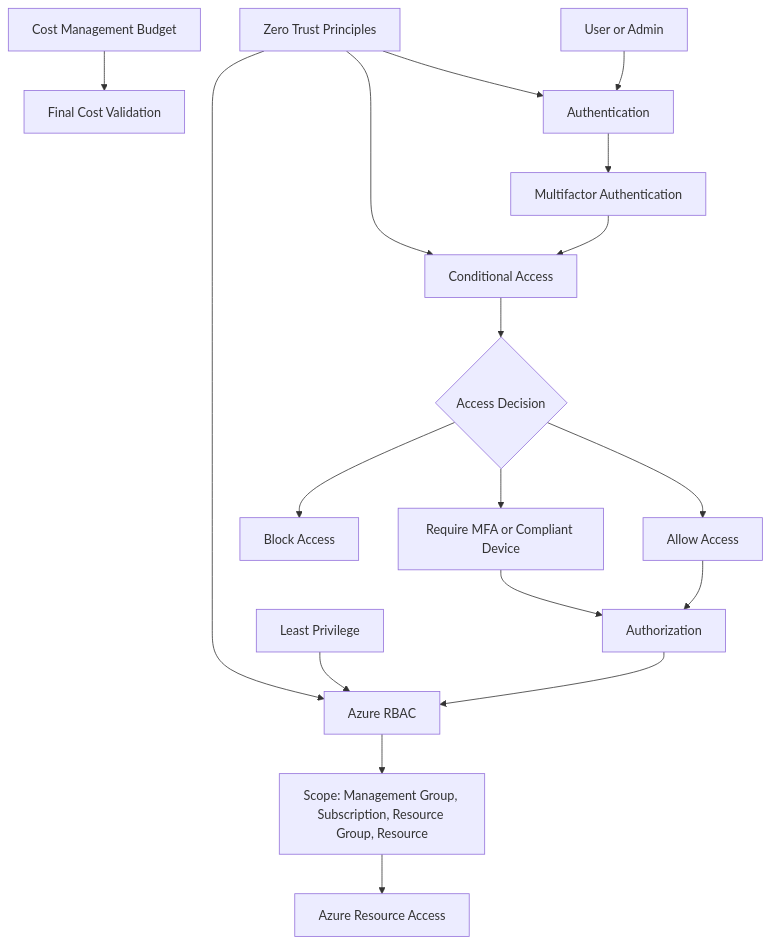
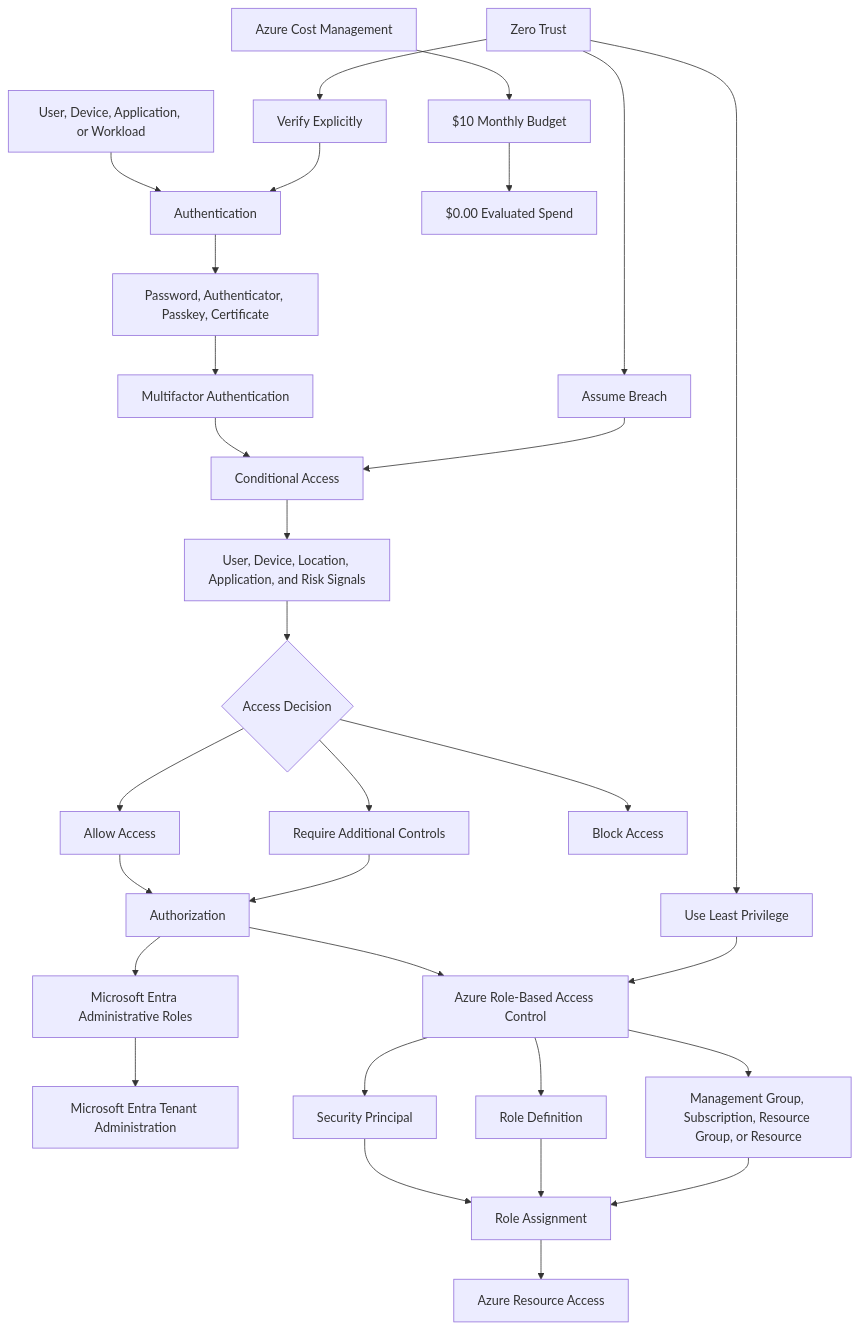
The first of 2 diagrams in labs/lab-08-entra-id-rbac-and-zero-trust/README.md (mattallen-it/mrtg-az900-the-bridge), drawn with Mermaid before and after one commit. The commit also changed other lines of this file, not shown here.

````diff
--- a/labs/lab-08-entra-id-rbac-and-zero-trust/README.md
+++ b/labs/lab-08-entra-id-rbac-and-zero-trust/README.md
@@ -144,25 +355,42 @@
 ```mermaid
 flowchart TD
-    User[User or Admin] --> AuthN[Authentication]
-    AuthN --> MFA[Multifactor Authentication]
+    Identity[User, Device, Application, or Workload] --> AuthN[Authentication]
+
+    AuthN --> Methods[Password, Authenticator, Passkey, Certificate]
+    Methods --> MFA[Multifactor Authentication]
     MFA --> CA[Conditional Access]
 
-    CA --> Decision{Access Decision}
+    CA --> Signals[User, Device, Location, Application, and Risk Signals]
+    Signals --> Decision{Access Decision}
+
     Decision --> Allow[Allow Access]
-    Decision --> Challenge[Require MFA or Compliant Device]
+    Decision --> Challenge[Require Additional Controls]
     Decision --> Block[Block Access]
 
     Allow --> AuthZ[Authorization]
     Challenge --> AuthZ
 
-    AuthZ --> RBAC[Azure RBAC]
-    RBAC --> Scope[Scope: Management Group, Subscription, Resource Group, Resource]
-    Scope --> Resource[Azure Resource Access]
+    AuthZ --> EntraRoles[Microsoft Entra Administrative Roles]
+    AuthZ --> RBAC[Azure Role-Based Access Control]
 
-    ZeroTrust[Zero Trust Principles] --> AuthN
-    ZeroTrust --> CA
-    ZeroTrust --> RBAC
+    EntraRoles --> Tenant[Microsoft Entra Tenant Administration]
 
-    LeastPrivilege[Least Privilege] --> RBAC
-    Cost[Cost Management Budget] --> Validation[Final Cost Validation]
+    RBAC --> Principal[Security Principal]
+    RBAC --> Role[Role Definition]
+    RBAC --> Scope[Management Group, Subscription, Resource Group, or Resource]
+    Principal --> Assignment[Role Assignment]
+    Role --> Assignment
+    Scope --> Assignment
+    Assignment --> AzureResources[Azure Resource Access]
+
+    ZeroTrust[Zero Trust] --> Verify[Verify Explicitly]
+    ZeroTrust --> Least[Use Least Privilege]
+    ZeroTrust --> Breach[Assume Breach]
+
+    Verify --> AuthN
+    Least --> RBAC
+    Breach --> CA
+
+    Cost[Azure Cost Management] --> Budget[$10 Monthly Budget]
+    Budget --> Validation[$0.00 Evaluated Spend]
 ```
````
